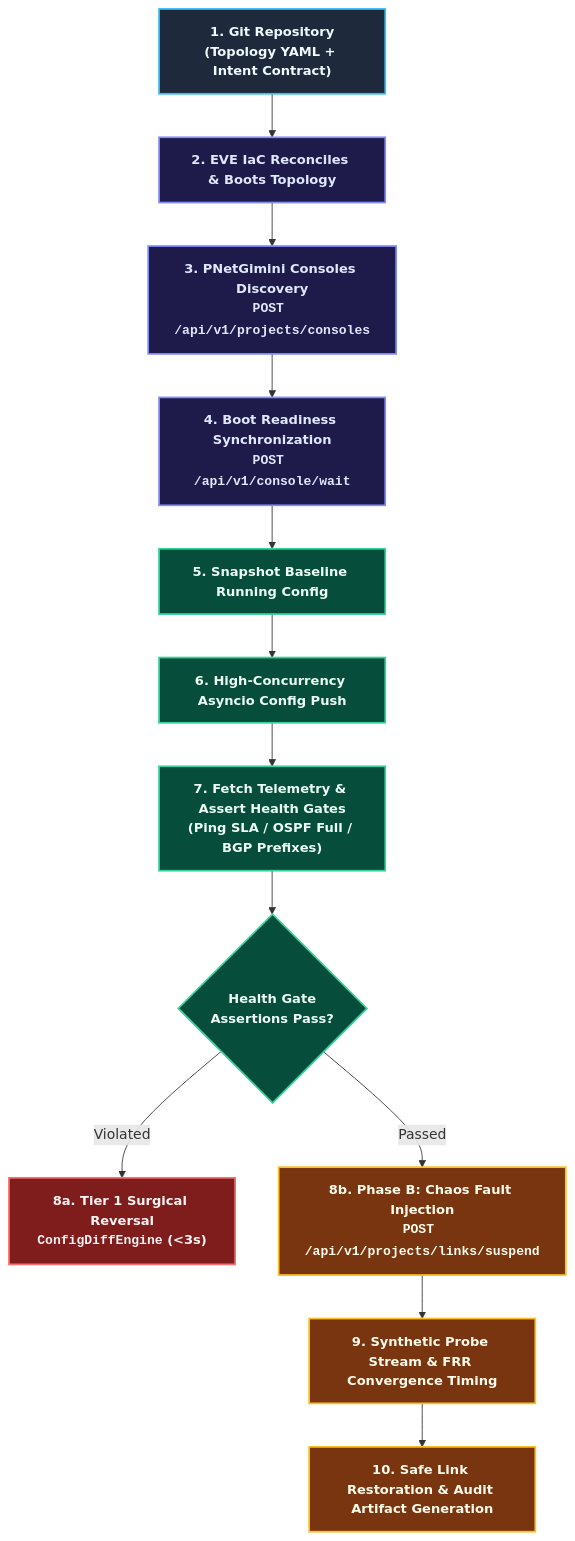
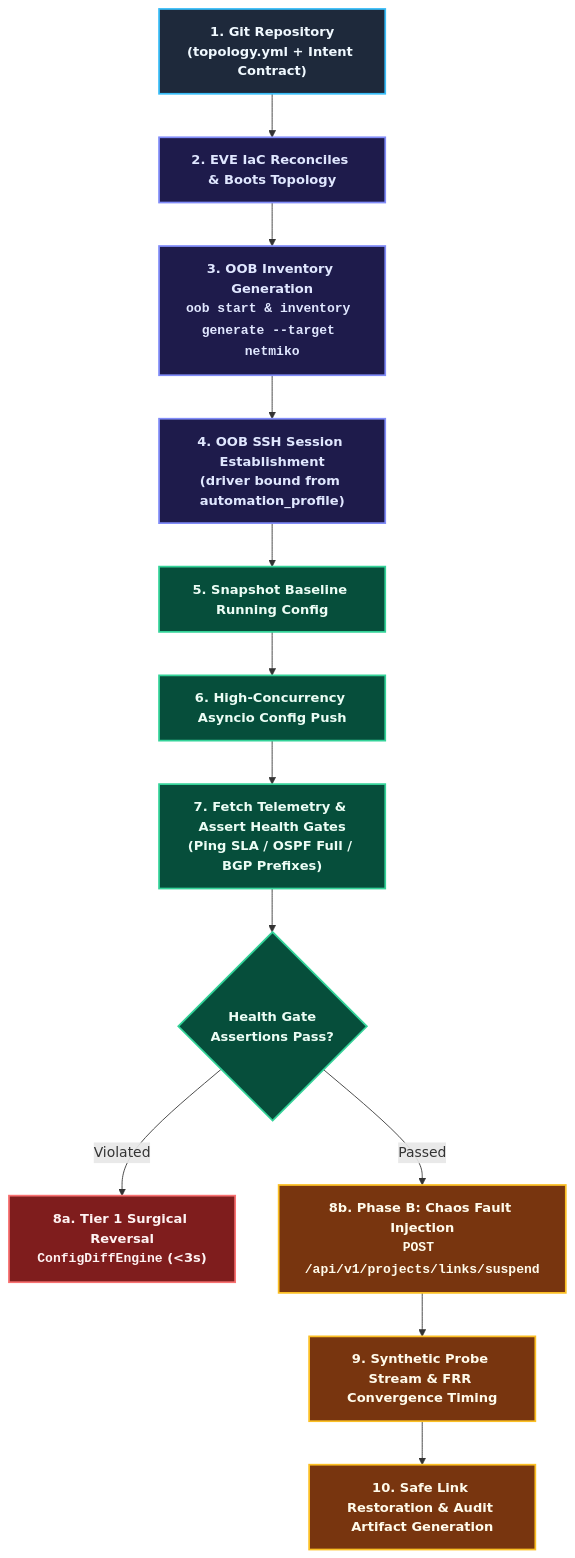
Before and after one commit to shaolinzhou/PNetGimini: the third of 4 diagrams in docs/EVE_IAC_INTEGRATION_SPEC.md, drawn with Mermaid. The commit also changed other lines of this file, not shown here.

Commit message:
docs: align Section 3, 5, 6 with Alain Degreffe review - OOB inventory, stable IaC identity, integer metrics, directional reconcile

````diff
--- a/docs/EVE_IAC_INTEGRATION_SPEC.md
+++ b/docs/EVE_IAC_INTEGRATION_SPEC.md
@@ -308,35 +341,35 @@
 ```mermaid
 flowchart TD
     classDef gitStyle fill:#1e293b,stroke:#38bdf8,stroke-width:2px,color:#f0f9ff,font-size:15px,font-weight:bold;
     classDef eveStyle fill:#1e1b4b,stroke:#818cf8,stroke-width:2px,color:#e0e7ff,font-size:15px,font-weight:bold;
     classDef pnetStyle fill:#064e3b,stroke:#34d399,stroke-width:2px,color:#ecfdf5,font-size:15px,font-weight:bold;
     classDef alertStyle fill:#7f1d1d,stroke:#f87171,stroke-width:2px,color:#fef2f2,font-size:15px,font-weight:bold;
     classDef chaosStyle fill:#78350f,stroke:#fbbf24,stroke-width:2px,color:#fffbeb,font-size:15px,font-weight:bold;
 
-    Git["1. Git Repository<br/>(Topology YAML + Intent Contract)"]:::gitStyle
+    Git["1. Git Repository<br/>(topology.yml + Intent Contract)"]:::gitStyle
     Boot["2. EVE IaC Reconciles & Boots Topology"]:::eveStyle
-    Discovery["3. PNetGimini Consoles Discovery<br/><code>POST /api/v1/projects/consoles</code>"]:::eveStyle
-    WaitReady["4. Boot Readiness Synchronization<br/><code>POST /api/v1/console/wait</code>"]:::eveStyle
+    Discovery["3. OOB Inventory Generation<br/><code>oob start & inventory generate --target netmiko</code>"]:::eveStyle
+    WaitReady["4. OOB SSH Session Establishment<br/>(driver bound from automation_profile)"]:::eveStyle
 
     Snapshot["5. Snapshot Baseline Running Config"]:::pnetStyle
     PushCfg["6. High-Concurrency Asyncio Config Push"]:::pnetStyle
     Telemetry["7. Fetch Telemetry & Assert Health Gates<br/>(Ping SLA / OSPF Full / BGP Prefixes)"]:::pnetStyle
     Decision{"Health Gate<br/>Assertions Pass?"}:::pnetStyle
 
     Rollback["8a. Tier 1 Surgical Reversal<br/><code>ConfigDiffEngine</code> (<3s)"]:::alertStyle
     Chaos["8b. Phase B: Chaos Fault Injection<br/><code>POST /api/v1/projects/links/suspend</code>"]:::chaosStyle
     Probe["9. Synthetic Probe Stream & FRR Convergence Timing"]:::chaosStyle
     Restore["10. Safe Link Restoration & Audit Artifact Generation"]:::chaosStyle
 
     Git --> Boot
     Boot --> Discovery
     Discovery --> WaitReady
     WaitReady --> Snapshot
     Snapshot --> PushCfg
     PushCfg --> Telemetry
     Telemetry --> Decision
     Decision -->|Violated| Rollback
     Decision -->|Passed| Chaos
     Chaos --> Probe
     Probe --> Restore
 ```
````
